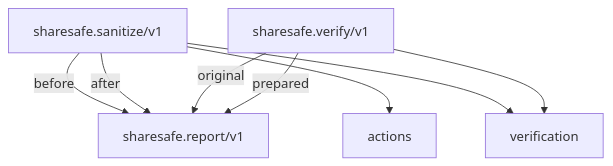
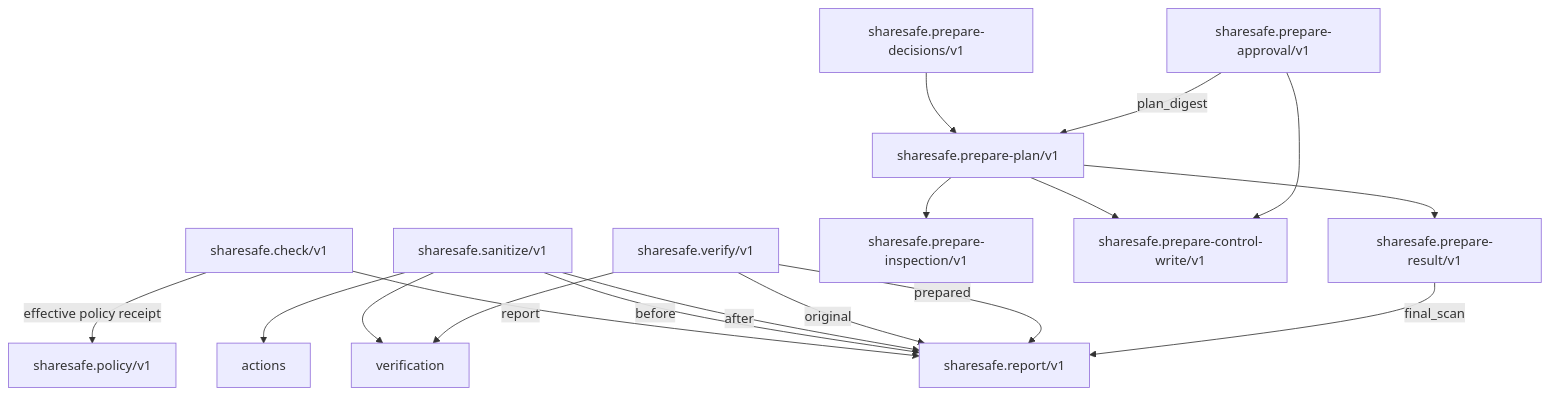
The ninth of 17 diagrams in docs/design-and-workflows.zh-CN.md (motanwenzhu/sharesafe), drawn with Mermaid before and after one commit. The commit also changed other lines of this file and 66 other files, not shown here.

````diff
--- a/docs/design-and-workflows.zh-CN.md
+++ b/docs/design-and-workflows.zh-CN.md
@@ -669,13 +717,30 @@
 ```mermaid
 flowchart TD
     R[sharesafe.report/v1]
+    CH[sharesafe.check/v1]
+    P[sharesafe.policy/v1]
     S[sharesafe.sanitize/v1]
     V[sharesafe.verify/v1]
+    CH -->|report| R
+    CH -->|effective policy receipt| P
     S -->|before| R
     S -->|after| R
     S --> A[actions]
-    S --> C[verification]
+    S --> VR[verification]
     V -->|original| R
     V -->|prepared| R
-    V --> C
+    V --> VR
+    PD[sharesafe.prepare-decisions/v1]
+    PP[sharesafe.prepare-plan/v1]
+    PA[sharesafe.prepare-approval/v1]
+    PI[sharesafe.prepare-inspection/v1]
+    PC[sharesafe.prepare-control-write/v1]
+    PR[sharesafe.prepare-result/v1]
+    PD --> PP
+    PA -->|plan_digest| PP
+    PP --> PI
+    PP --> PC
+    PA --> PC
+    PP --> PR
+    PR -->|final_scan| R
 ```
````
